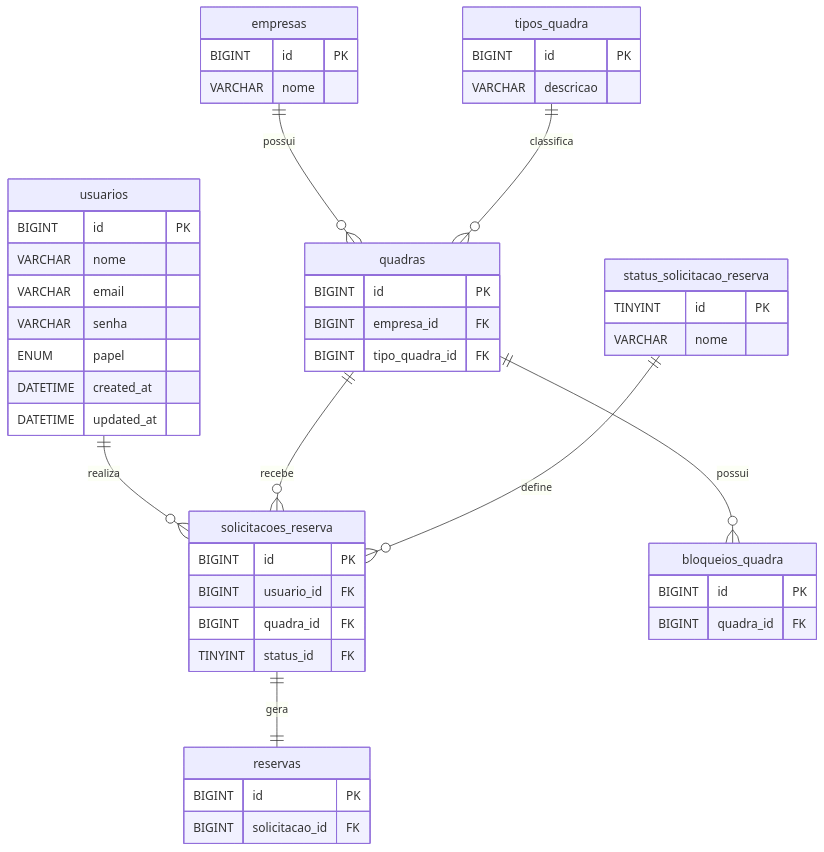
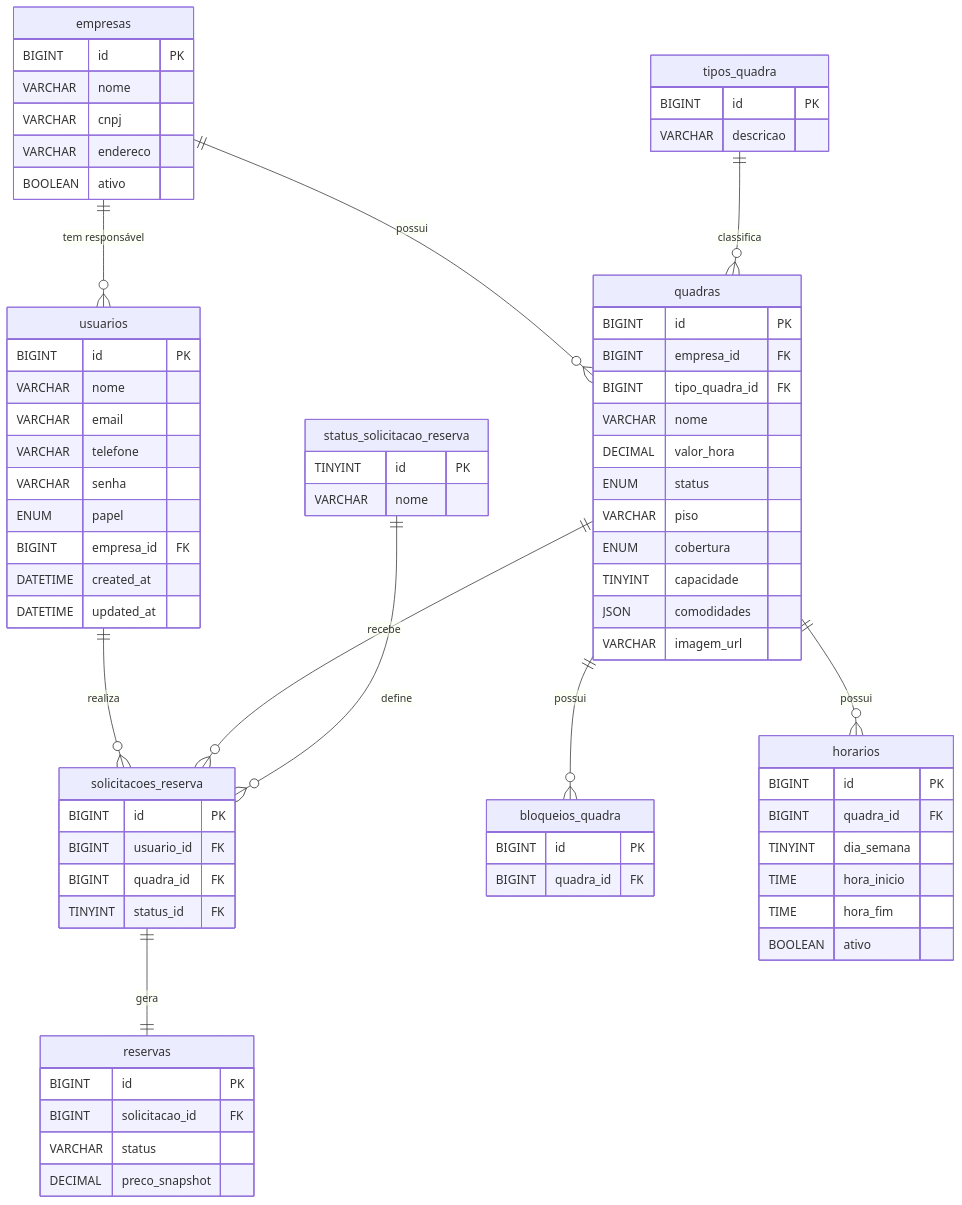
Before and after one commit to cristiano-lauffer/bah_quadras_db: the diagram in README.md, drawn with Mermaid. The commit also changed other lines of this file and 2 other files, not shown here.

```diff
--- a/README.md
+++ b/README.md
@@ -15,13 +45,17 @@
     status_solicitacao_reserva ||--o{ solicitacoes_reserva : define
     solicitacoes_reserva ||--|| reservas : gera
     quadras ||--o{ bloqueios_quadra : possui
+    quadras ||--o{ horarios : possui
+    empresas ||--o{ usuarios : "tem responsável"
 
     usuarios {
         BIGINT id PK
         VARCHAR nome
         VARCHAR email
+        VARCHAR telefone
         VARCHAR senha
         ENUM papel
+        BIGINT empresa_id FK
         DATETIME created_at
         DATETIME updated_at
     }
@@ -29,6 +63,9 @@
     empresas {
         BIGINT id PK
         VARCHAR nome
+        VARCHAR cnpj
+        VARCHAR endereco
+        BOOLEAN ativo
     }
 
     tipos_quadra {
@@ -40,6 +77,23 @@
         BIGINT id PK
         BIGINT empresa_id FK
         BIGINT tipo_quadra_id FK
+        VARCHAR nome
+        DECIMAL valor_hora
+        ENUM status
+        VARCHAR piso
+        ENUM cobertura
+        TINYINT capacidade
+        JSON comodidades
+        VARCHAR imagem_url
+    }
+
+    horarios {
+        BIGINT id PK
+        BIGINT quadra_id FK
+        TINYINT dia_semana
+        TIME hora_inicio
+        TIME hora_fim
+        BOOLEAN ativo
     }
 
     status_solicitacao_reserva {
@@ -57,6 +111,8 @@
     reservas {
         BIGINT id PK
         BIGINT solicitacao_id FK
+        VARCHAR status
+        DECIMAL preco_snapshot
     }
 
     bloqueios_quadra {
```
